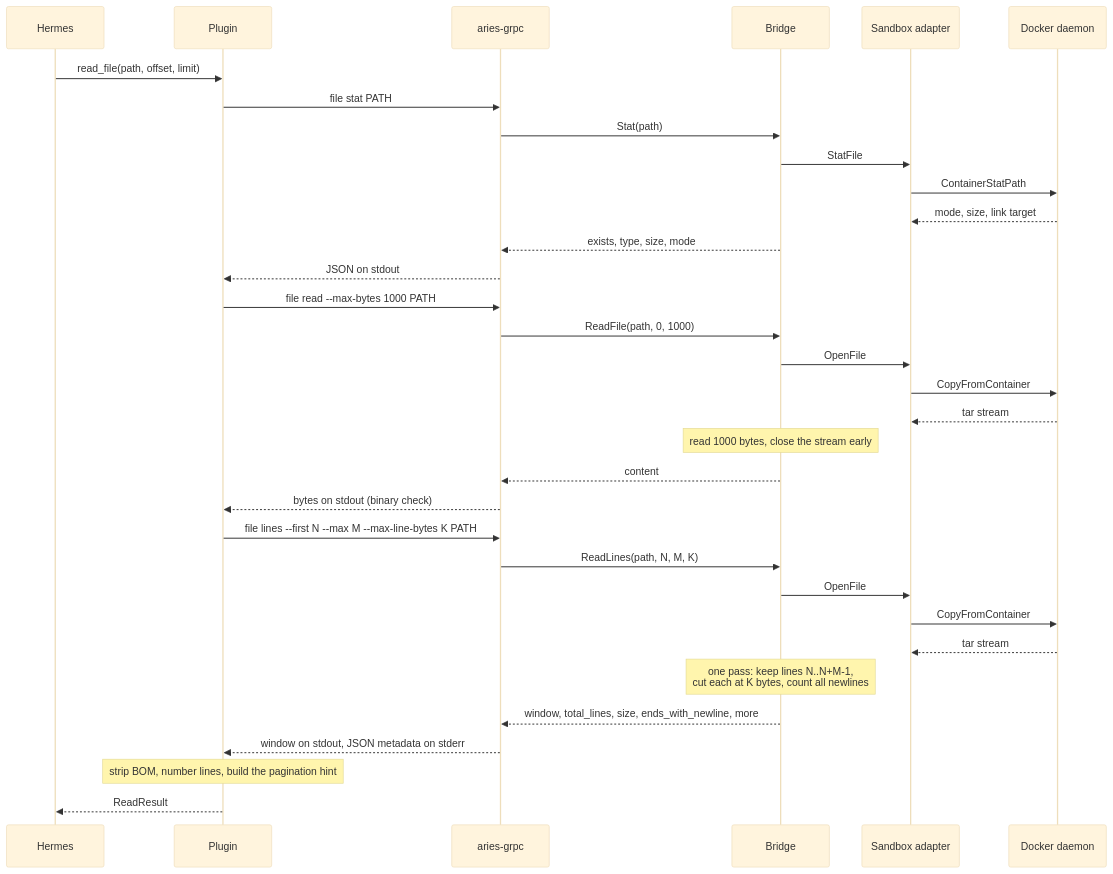
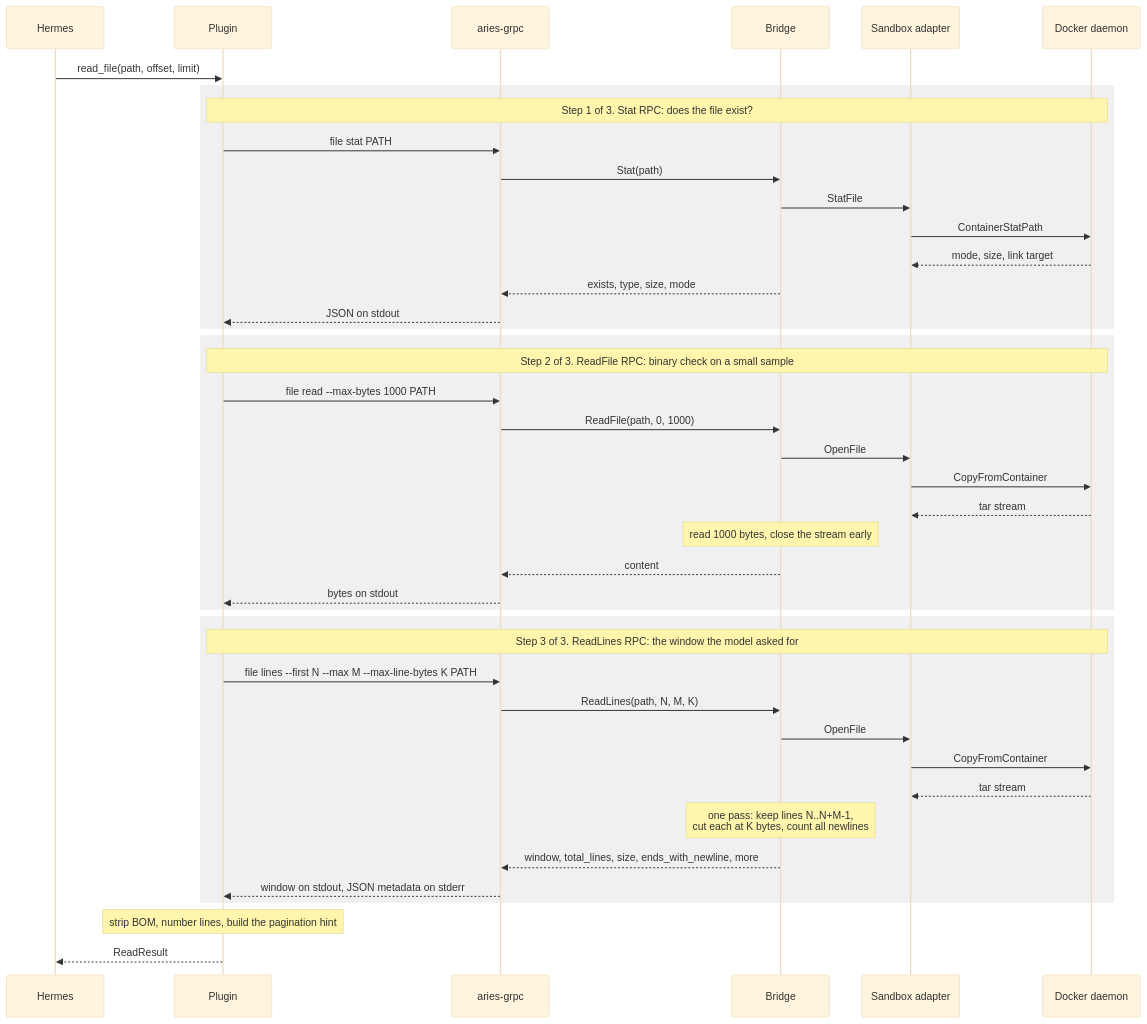
One commit to hyscale-lab/ARIES changed the fourth of 6 diagrams in docs/design/grpc-route.md. Above: the diagram before and after it, drawn with Mermaid (base theme). The commit also changed other lines of this file, not shown here.

Commit message:
docs: separate the three calls behind read_file in the route overview
The read diagram mixed Stat, ReadFile and ReadLines without saying they
are three consecutive calls. It now boxes and numbers each step, and a
table says why each call is made and what it returns.

````diff
--- a/docs/design/grpc-route.md
+++ b/docs/design/grpc-route.md
@@ -151,40 +161,49 @@
 ```mermaid
 sequenceDiagram
     participant H as Hermes
     participant P as Plugin
     participant C as aries-grpc
     participant B as Bridge
     participant S as Sandbox adapter
     participant D as Docker daemon
 
     H->>P: read_file(path, offset, limit)
 
-    P->>C: file stat PATH
-    C->>B: Stat(path)
-    B->>S: StatFile
-    S->>D: ContainerStatPath
-    D-->>S: mode, size, link target
-    B-->>C: exists, type, size, mode
-    C-->>P: JSON on stdout
+    rect rgba(128, 128, 128, 0.12)
+        Note over P,D: Step 1 of 3. Stat RPC: does the file exist?
+        P->>C: file stat PATH
+        C->>B: Stat(path)
+        B->>S: StatFile
+        S->>D: ContainerStatPath
+        D-->>S: mode, size, link target
+        B-->>C: exists, type, size, mode
+        C-->>P: JSON on stdout
+    end
 
-    P->>C: file read --max-bytes 1000 PATH
-    C->>B: ReadFile(path, 0, 1000)
-    B->>S: OpenFile
-    S->>D: CopyFromContainer
-    D-->>S: tar stream
-    Note over B: read 1000 bytes, close the stream early
-    B-->>C: content
-    C-->>P: bytes on stdout (binary check)
+    rect rgba(128, 128, 128, 0.12)
+        Note over P,D: Step 2 of 3. ReadFile RPC: binary check on a small sample
+        P->>C: file read --max-bytes 1000 PATH
+        C->>B: ReadFile(path, 0, 1000)
+        B->>S: OpenFile
+        S->>D: CopyFromContainer
+        D-->>S: tar stream
+        Note over B: read 1000 bytes, close the stream early
+        B-->>C: content
+        C-->>P: bytes on stdout
+    end
 
-    P->>C: file lines --first N --max M --max-line-bytes K PATH
-    C->>B: ReadLines(path, N, M, K)
-    B->>S: OpenFile
-    S->>D: CopyFromContainer
-    D-->>S: tar stream
-    Note over B: one pass: keep lines N..N+M-1,<br/>cut each at K bytes, count all newlines
-    B-->>C: window, total_lines, size, ends_with_newline, more
-    C-->>P: window on stdout, JSON metadata on stderr
+    rect rgba(128, 128, 128, 0.12)
+        Note over P,D: Step 3 of 3. ReadLines RPC: the window the model asked for
+        P->>C: file lines --first N --max M --max-line-bytes K PATH
+        C->>B: ReadLines(path, N, M, K)
+        B->>S: OpenFile
+        S->>D: CopyFromContainer
+        D-->>S: tar stream
+        Note over B: one pass: keep lines N..N+M-1,<br/>cut each at K bytes, count all newlines
+        B-->>C: window, total_lines, size, ends_with_newline, more
+        C-->>P: window on stdout, JSON metadata on stderr
+    end
 
     Note over P: strip BOM, number lines, build the pagination hint
     P-->>H: ReadResult
 ```
````
